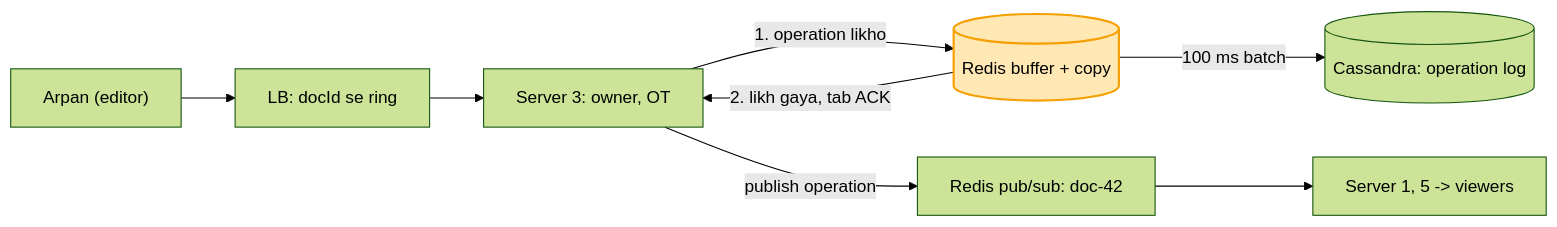
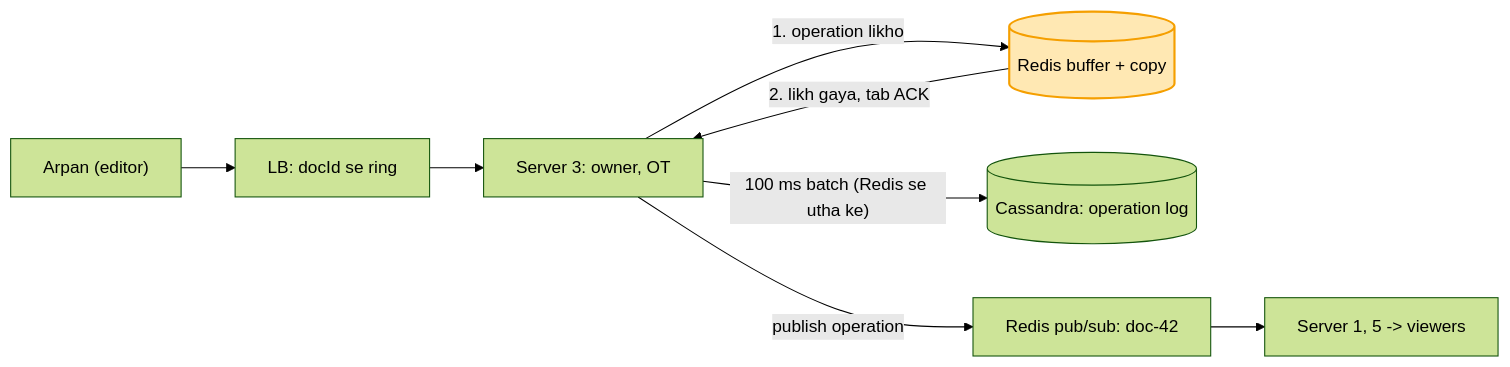
The eighth of 9 diagrams in 04_HLD/SYSTEM_DESIGNS/11_google_docs_collab/11_google_docs_collab.md (ArpanMaheshwari144/Prep), drawn with Mermaid (forest theme) before and after one commit. The commit also changed other lines of this file and 9 other files, not shown here.

Commit message:
audit: 01-12 ki seedhi galtiyan (number, naam, diagram teer, chhote shabd, Redis WAIT)

````diff
--- a/04_HLD/SYSTEM_DESIGNS/11_google_docs_collab/11_google_docs_collab.md
+++ b/04_HLD/SYSTEM_DESIGNS/11_google_docs_collab/11_google_docs_collab.md
@@ -297,11 +298,11 @@
 ```mermaid
 flowchart LR
     A["Arpan (editor)"] --> LB["LB: docId se ring"]
     LB --> S3["Server 3: owner, OT"]
     S3 -- "1. operation likho" --> B[("Redis buffer + copy")]
     B -- "2. likh gaya, tab ACK" --> S3
-    B -- "100 ms batch" --> C[("Cassandra: operation log")]
+    S3 -- "100 ms batch (Redis se utha ke)" --> C[("Cassandra: operation log")]
     S3 -- "publish operation" --> P["Redis pub/sub: doc-42"]
     P --> V["Server 1, 5 -> viewers"]
     style B fill:#ffe8b3,stroke:#f59f00,stroke-width:2px,color:#000
 ```
````
